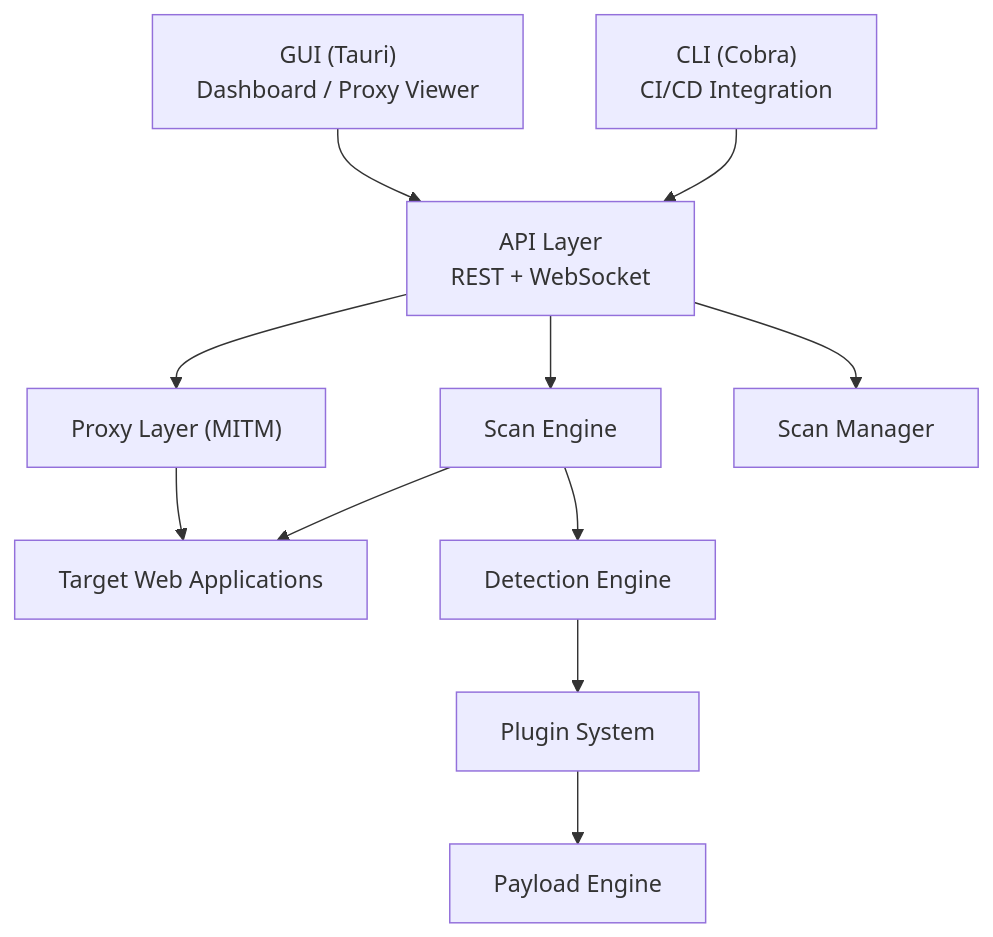
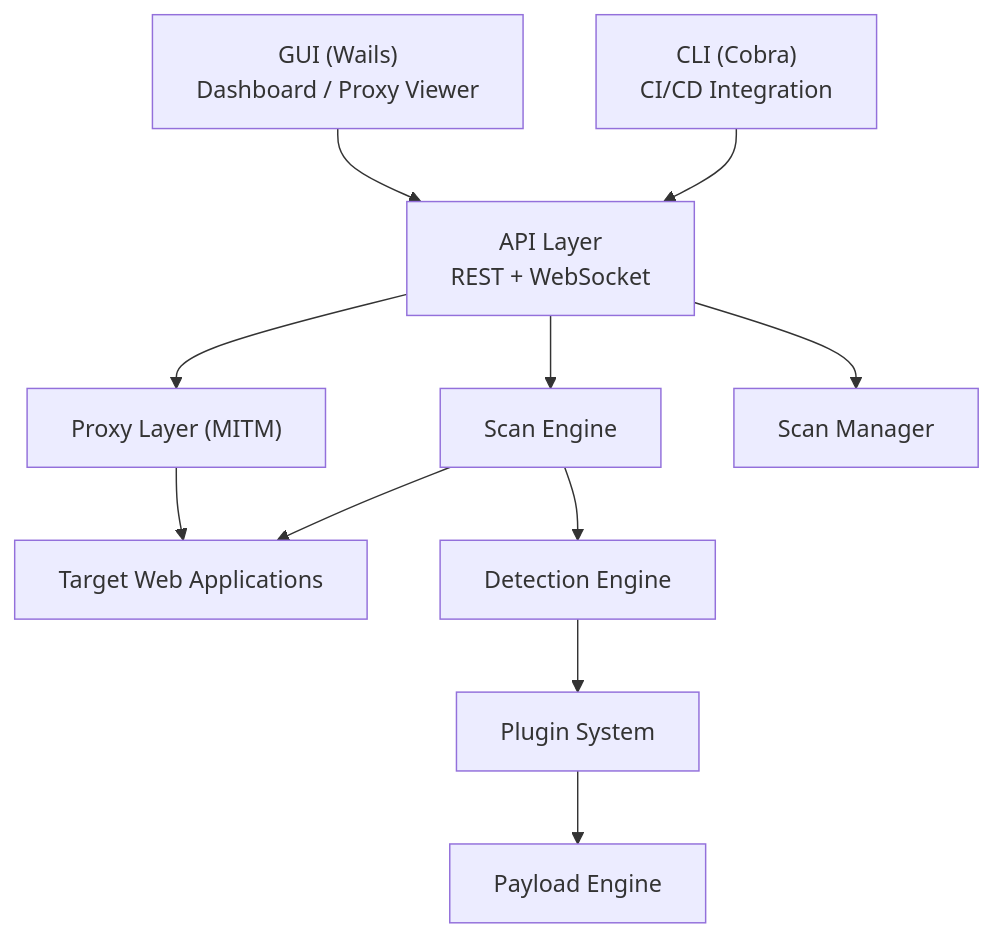
One commit to pugazh342/WolfX changed the first of 6 diagrams in Architecture.md. Above: the diagram before and after it, drawn with Mermaid.

Commit message:
Update GUI framework from Tauri to Wails

````diff
--- a/Architecture.md
+++ b/Architecture.md
@@ -2,20 +2,20 @@
 ```mermaid
 flowchart TD
-    GUI["GUI (Tauri)\nDashboard / Proxy Viewer"]
+    GUI["GUI (Wails)\nDashboard / Proxy Viewer"]
     CLI["CLI (Cobra)\nCI/CD Integration"]
     API["API Layer\nREST + WebSocket"]
 
     GUI --> API
     CLI --> API
 
     API --> Proxy["Proxy Layer (MITM)"]
     API --> Engine["Scan Engine"]
     API --> Manager["Scan Manager"]
 
     Proxy --> Target["Target Web Applications"]
     Engine --> Target
 
     Engine --> Detection["Detection Engine"]
     Detection --> Plugins["Plugin System"]
     Plugins --> Payload["Payload Engine"]
 ```
````
